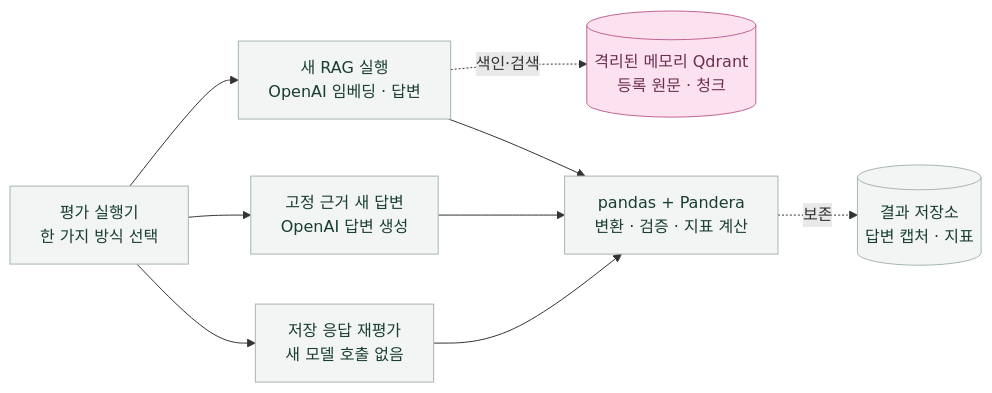
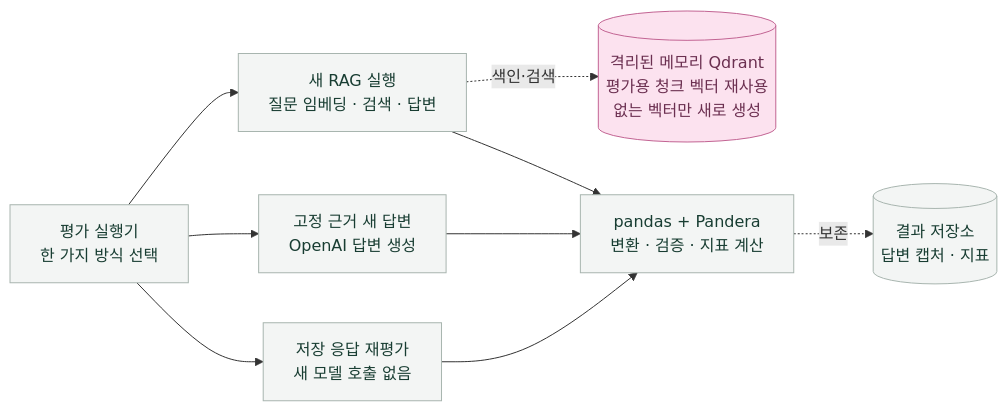
One commit to 20220348-kim/SKN34-4th-1Team changed diagram 20 of 21 in README.md. Above: the diagram before and after it, drawn with Mermaid. The commit also changed other lines of this file and 28 other files, not shown here.

````diff
--- a/README.md
+++ b/README.md
@@ -704,15 +704,15 @@
 ```mermaid
 flowchart LR
     Runner["평가 실행기<br/>한 가지 방식 선택"] --> Replay["저장 응답 재평가<br/>새 모델 호출 없음"]
     Runner --> Answer["고정 근거 새 답변<br/>OpenAI 답변 생성"]
-    Runner --> Rag["새 RAG 실행<br/>OpenAI 임베딩 · 답변"]
-    Rag -. 색인·검색 .-> Qdrant[("격리된 메모리 Qdrant<br/>등록 원문 · 청크")]
+    Runner --> Rag["새 RAG 실행<br/>질문 임베딩 · 검색 · 답변"]
+    Rag -. 색인·검색 .-> Qdrant[("격리된 메모리 Qdrant<br/>평가용 청크 벡터 재사용<br/>없는 벡터만 새로 생성")]
     Replay --> Analyze["pandas + Pandera<br/>변환 · 검증 · 지표 계산"]
     Answer --> Analyze
     Rag --> Analyze
     Analyze -. 보존 .-> Artifacts[("결과 저장소<br/>답변 캡처 · 지표")]
     classDef execution fill:#f3f5f4,stroke:#a8b5af,color:#183d32
     classDef vectorDb fill:#fce2ef,stroke:#c26493,color:#6b2f50
     class Runner,Replay,Answer,Rag,Analyze,Artifacts execution
     class Qdrant vectorDb
 ```
````
